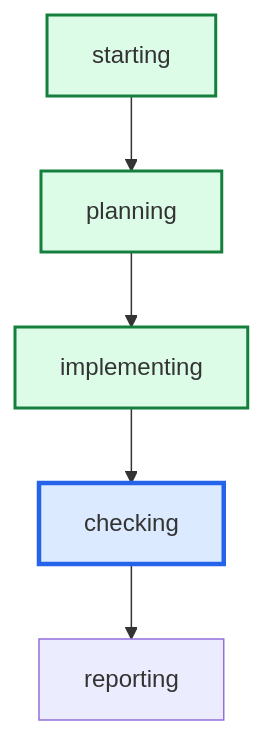
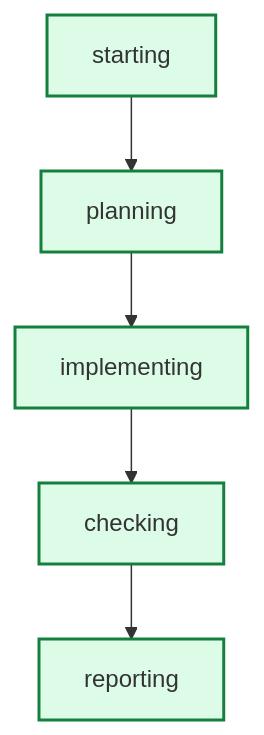
Before and after one commit to daniell0gda/hermes-feature-check-dashboard: the diagram in latest/graph.mmd, drawn with Mermaid. The commit also changed 15 other files, not shown here.

```diff
--- a/latest/graph.mmd
+++ b/latest/graph.mmd
@@ -1,13 +1,14 @@
 graph TD
     starting --> planning
     planning --> implementing
     implementing --> checking
     checking --> reporting
 
 classDef done fill:#dcfce7,stroke:#15803d,stroke-width:2px;
 classDef active fill:#dbeafe,stroke:#2563eb,stroke-width:3px;
 classDef failed fill:#fee2e2,stroke:#b42318,stroke-width:2px;
-class checking active;
+class checking done;
 class planning done;
 class implementing done;
 class starting done;
+class reporting done;
```
